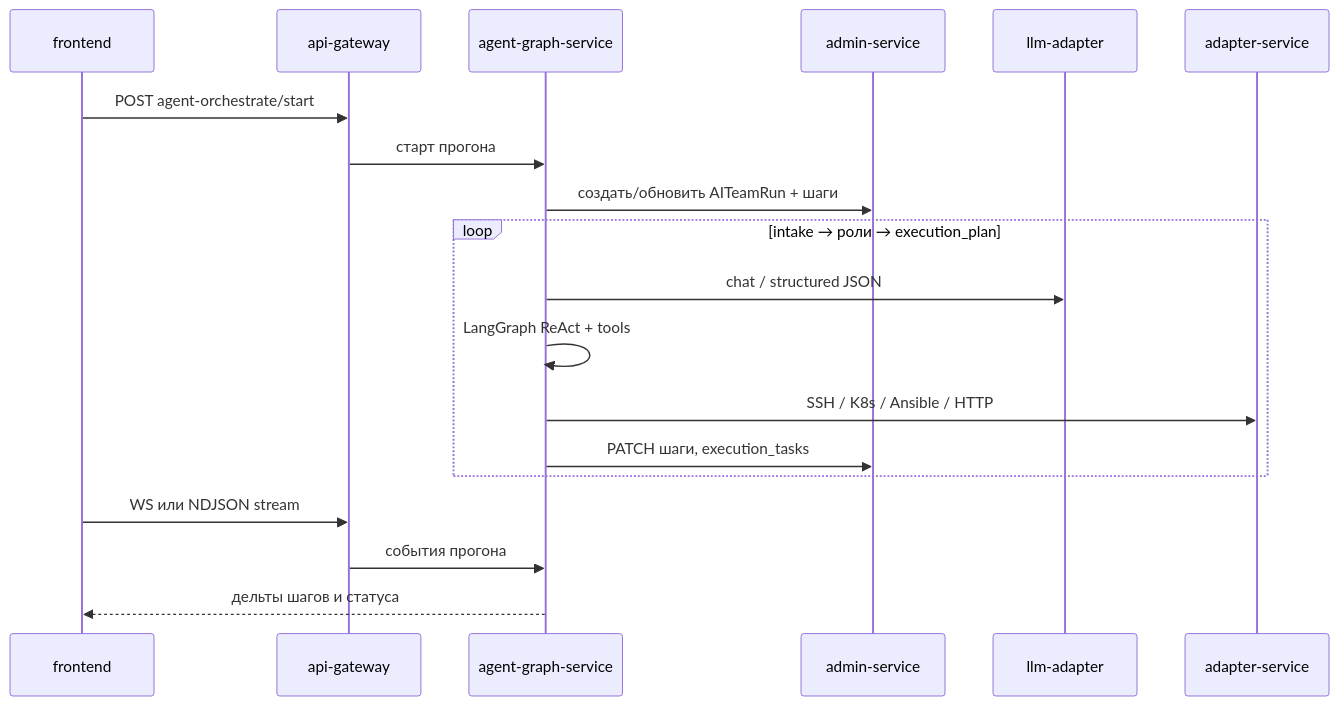
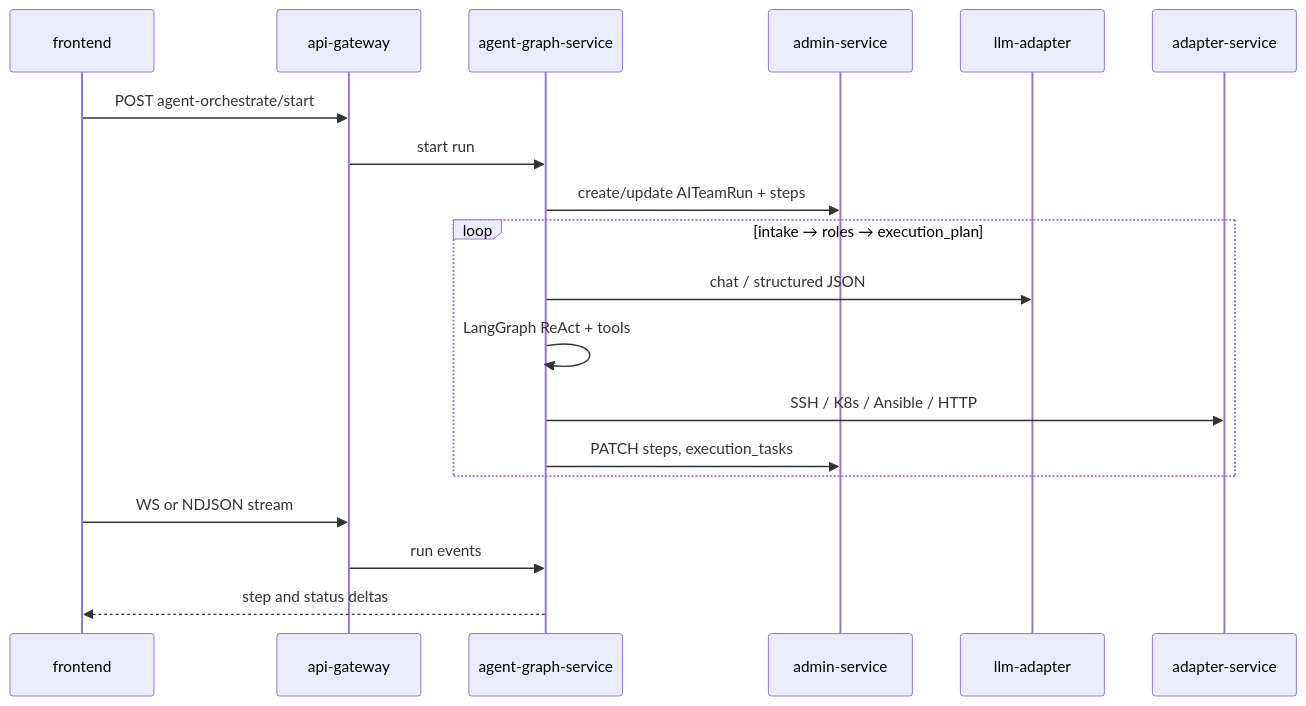
One commit to sergey-show/lambot-platform changed diagram 16 of 17 in Architecture.md. Above: the diagram before and after it, drawn with Mermaid. The commit also changed other lines of this file and 119 other files, not shown here.

````diff
--- a/Architecture.md
+++ b/Architecture.md
@@ -842,22 +842,22 @@
 ```mermaid
 sequenceDiagram
   participant UI as frontend
   participant GW as api-gateway
   participant AG as agent-graph-service
   participant ADM as admin-service
   participant LLM as llm-adapter
   participant ADP as adapter-service
 
   UI->>GW: POST agent-orchestrate/start
-  GW->>AG: старт прогона
-  AG->>ADM: создать/обновить AITeamRun + шаги
-  loop intake → роли → execution_plan
+  GW->>AG: start run
+  AG->>ADM: create/update AITeamRun + steps
+  loop intake → roles → execution_plan
     AG->>LLM: chat / structured JSON
     AG->>AG: LangGraph ReAct + tools
     AG->>ADP: SSH / K8s / Ansible / HTTP
-    AG->>ADM: PATCH шаги, execution_tasks
+    AG->>ADM: PATCH steps, execution_tasks
   end
-  UI->>GW: WS или NDJSON stream
-  GW->>AG: события прогона
-  AG-->>UI: дельты шагов и статуса
+  UI->>GW: WS or NDJSON stream
+  GW->>AG: run events
+  AG-->>UI: step and status deltas
 ```
````
